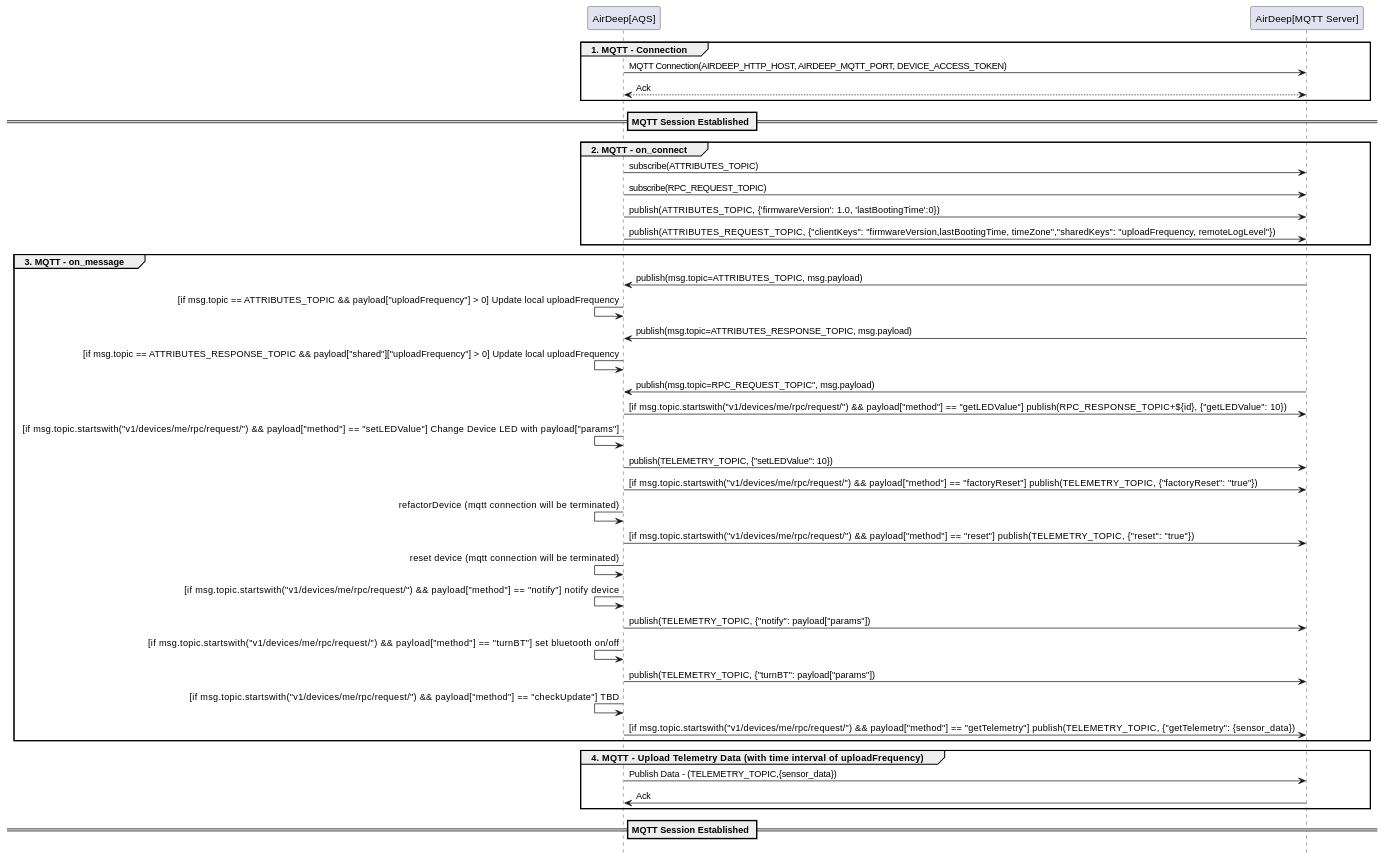
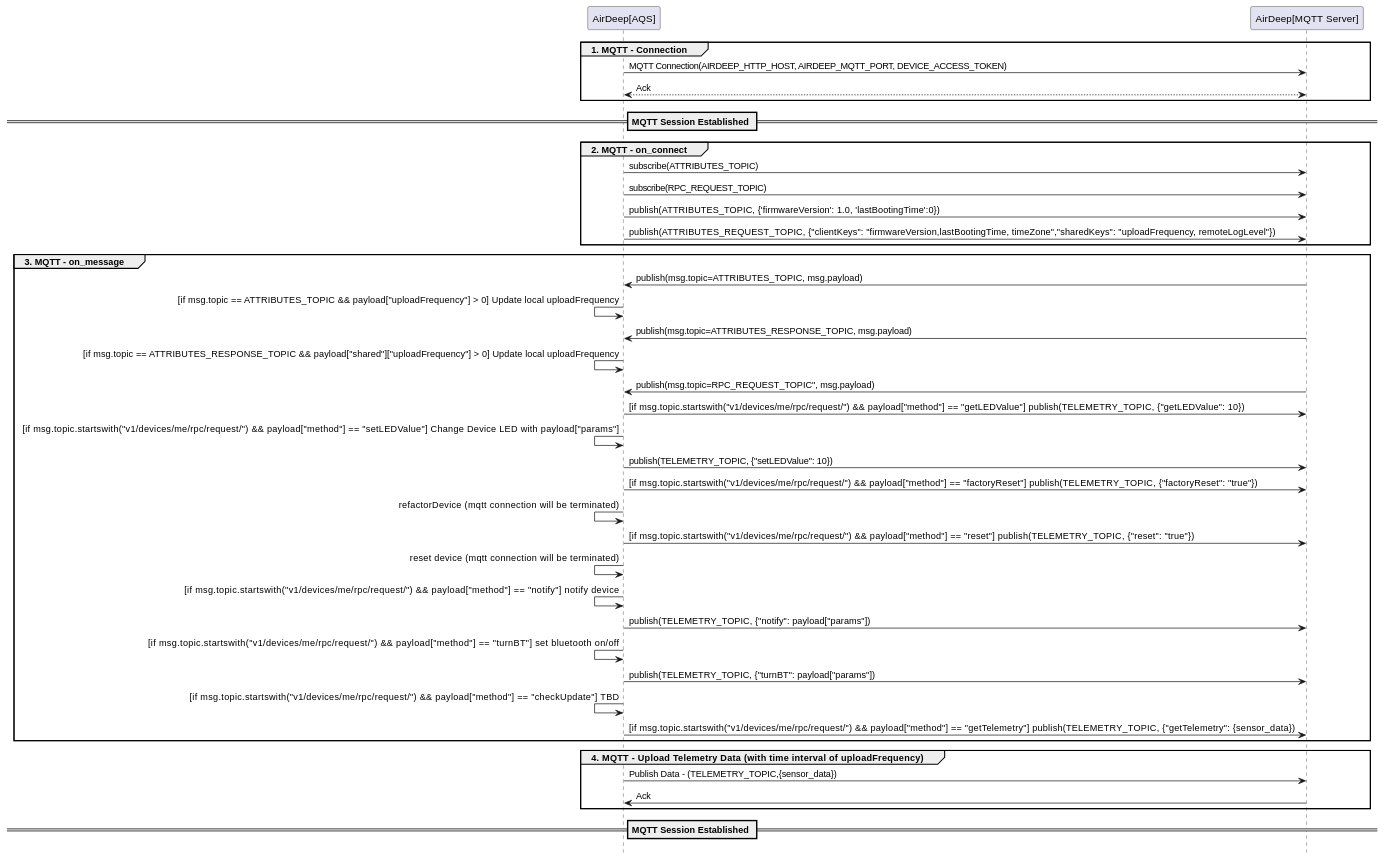
One commit to RTdataLab/DE-ADeep-API-Guide changed the diagram in docs/MQTT-API-5.ALL-Collaboration.md. Above: the diagram before and after it, drawn with PlantUML. The commit also changed other lines of this file and 4 other files, not shown here.

````diff
--- a/docs/MQTT-API-5.ALL-Collaboration.md
+++ b/docs/MQTT-API-5.ALL-Collaboration.md
@@ -43,45 +42,45 @@
    ```plantuml
    @startuml
      participant "AirDeep[AQS]" order 1
      participant "AirDeep[MQTT Server]" order 2
      hide footbox
       group 1. MQTT - Connection
       "AirDeep[AQS]" -> "AirDeep[MQTT Server]" : MQTT Connection(AIRDEEP_HTTP_HOST, AIRDEEP_MQTT_PORT, DEVICE_ACCESS_TOKEN)
       "AirDeep[AQS]" <--> "AirDeep[MQTT Server]"  : Ack
      end
      == MQTT Session Established ==
      group 2. MQTT - on_connect
        "AirDeep[AQS]" -> "AirDeep[MQTT Server]" : subscribe(ATTRIBUTES_TOPIC)
        "AirDeep[AQS]" -> "AirDeep[MQTT Server]" : subscribe(RPC_REQUEST_TOPIC) 
        "AirDeep[AQS]" -> "AirDeep[MQTT Server]" : publish(ATTRIBUTES_TOPIC, {'firmwareVersion': 1.0, 'lastBootingTime':0})
        "AirDeep[AQS]" -> "AirDeep[MQTT Server]" : publish(ATTRIBUTES_REQUEST_TOPIC, {"clientKeys": "firmwareVersion,lastBootingTime, timeZone","sharedKeys": "uploadFrequency, remoteLogLevel"})
      end
 
      group 3. MQTT - on_message
        "AirDeep[AQS]" <- "AirDeep[MQTT Server]" : publish(msg.topic=ATTRIBUTES_TOPIC, msg.payload)
        "AirDeep[AQS]" <- "AirDeep[AQS]" : [if msg.topic == ATTRIBUTES_TOPIC && payload["uploadFrequency"] > 0] Update local uploadFrequency 
        "AirDeep[AQS]" <- "AirDeep[MQTT Server]" : publish(msg.topic=ATTRIBUTES_RESPONSE_TOPIC, msg.payload)
        "AirDeep[AQS]" <- "AirDeep[AQS]" : [if msg.topic == ATTRIBUTES_RESPONSE_TOPIC && payload["shared"]["uploadFrequency"]  > 0] Update local uploadFrequency 
        "AirDeep[AQS]" <- "AirDeep[MQTT Server]" : publish(msg.topic=RPC_REQUEST_TOPIC", msg.payload)
-       "AirDeep[AQS]" -> "AirDeep[MQTT Server]" : [if msg.topic.startswith("v1/devices/me/rpc/request/") && payload["method"] == "getLEDValue"] publish(RPC_RESPONSE_TOPIC+${id}, {"getLEDValue": 10})
+       "AirDeep[AQS]" -> "AirDeep[MQTT Server]" : [if msg.topic.startswith("v1/devices/me/rpc/request/") && payload["method"] == "getLEDValue"] publish(TELEMETRY_TOPIC, {"getLEDValue": 10})
        "AirDeep[AQS]" <- "AirDeep[AQS]" :  [if msg.topic.startswith("v1/devices/me/rpc/request/") && payload["method"] == "setLEDValue"] Change Device LED with  payload["params"]
        "AirDeep[AQS]" -> "AirDeep[MQTT Server]" : publish(TELEMETRY_TOPIC, {"setLEDValue": 10})
        "AirDeep[AQS]" -> "AirDeep[MQTT Server]" : [if msg.topic.startswith("v1/devices/me/rpc/request/") && payload["method"] == "factoryReset"] publish(TELEMETRY_TOPIC, {"factoryReset": "true"})
        "AirDeep[AQS]" <- "AirDeep[AQS]" : refactorDevice (mqtt connection will be terminated)
        "AirDeep[AQS]" -> "AirDeep[MQTT Server]" : [if msg.topic.startswith("v1/devices/me/rpc/request/") && payload["method"] == "reset"] publish(TELEMETRY_TOPIC, {"reset": "true"})
        "AirDeep[AQS]" <- "AirDeep[AQS]" : reset device (mqtt connection will be terminated)
        "AirDeep[AQS]" <- "AirDeep[AQS]" : [if msg.topic.startswith("v1/devices/me/rpc/request/") && payload["method"] == "notify"] notify device 
        "AirDeep[AQS]" -> "AirDeep[MQTT Server]" :  publish(TELEMETRY_TOPIC, {"notify": payload["params"])
        "AirDeep[AQS]" <- "AirDeep[AQS]" : [if msg.topic.startswith("v1/devices/me/rpc/request/") && payload["method"] == "turnBT"] set bluetooth on/off 
        "AirDeep[AQS]" -> "AirDeep[MQTT Server]" :  publish(TELEMETRY_TOPIC, {"turnBT": payload["params"])
        "AirDeep[AQS]" <- "AirDeep[AQS]" : [if msg.topic.startswith("v1/devices/me/rpc/request/") && payload["method"] == "checkUpdate"] TBD
        "AirDeep[AQS]" -> "AirDeep[MQTT Server]" :  [if msg.topic.startswith("v1/devices/me/rpc/request/") && payload["method"] == "getTelemetry"] publish(TELEMETRY_TOPIC, {"getTelemetry": {sensor_data})
      end
 
      group 4. MQTT - Upload Telemetry Data (with time interval of uploadFrequency)
        "AirDeep[AQS]" -> "AirDeep[MQTT Server]" : Publish Data - (TELEMETRY_TOPIC,{sensor_data}) 
        "AirDeep[AQS]" <- "AirDeep[MQTT Server]" : Ack
      end
      == MQTT Session Established ==
    @enduml
    ```
````
